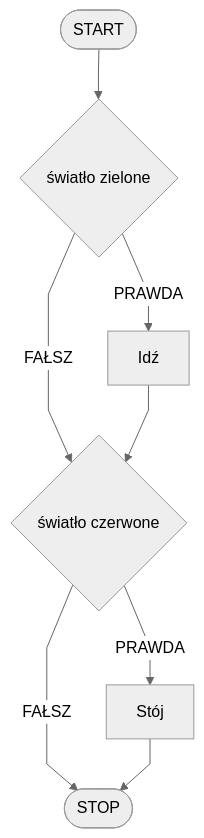
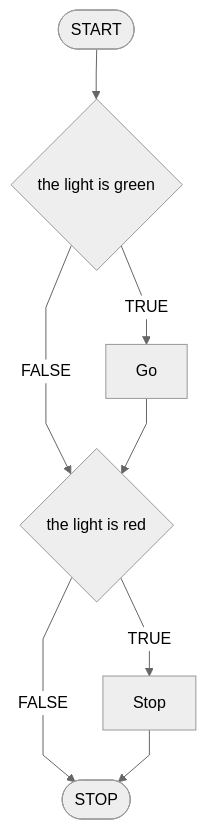
One commit to blackbat13/edu-cs-htiew-en changed the first of 6 diagrams in docs/algorithms/introduction/conditionals.md. Above: the diagram before and after it, drawn with Mermaid. The commit also changed other lines of this file and 682 other files, not shown here.

````diff
--- a/docs/algorithms/introduction/conditionals.md
+++ b/docs/algorithms/introduction/conditionals.md
@@ -31,11 +31,11 @@
 ```mermaid
 %%{init: {"flowchart": {"curve": "linear"}, "theme": "neutral"} }%%
 flowchart TD
-    START([START]) --> K1{światło zielone}
-    K1 -- PRAWDA --> K2[Idź]
-    K1 -- FAŁSZ --> K3{światło czerwone}
+    START([START]) --> K1{the light is green}
+    K1 -- TRUE --> K2[Go]
+    K1 -- FALSE --> K3{the light is red}
     K2 --> K3
-    K3 -- PRAWDA --> K4[Stój]
-    K3 -- FAŁSZ --> STOP([STOP])
+    K3 -- TRUE --> K4[Stop]
+    K3 -- FALSE --> STOP([STOP])
     K4 --> STOP
 ```
````
